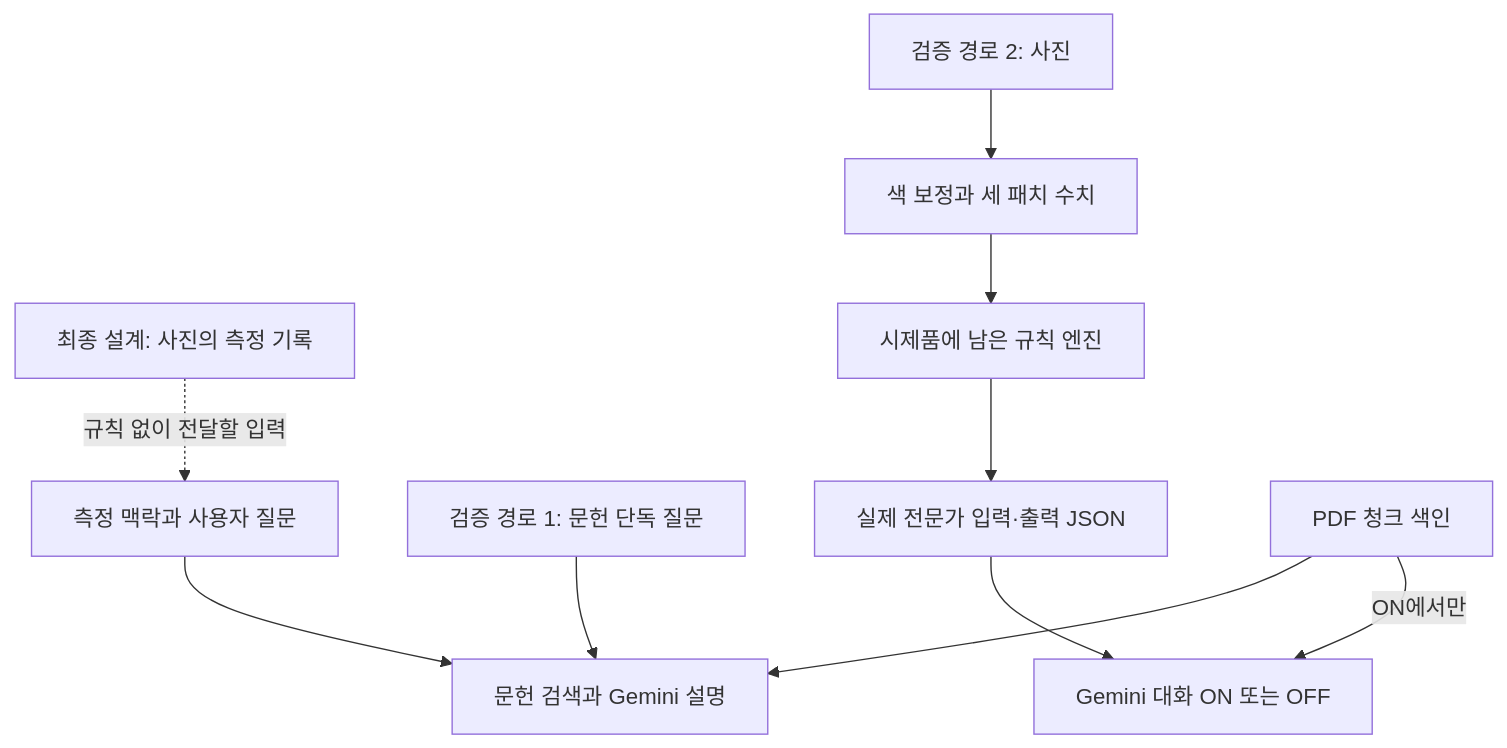
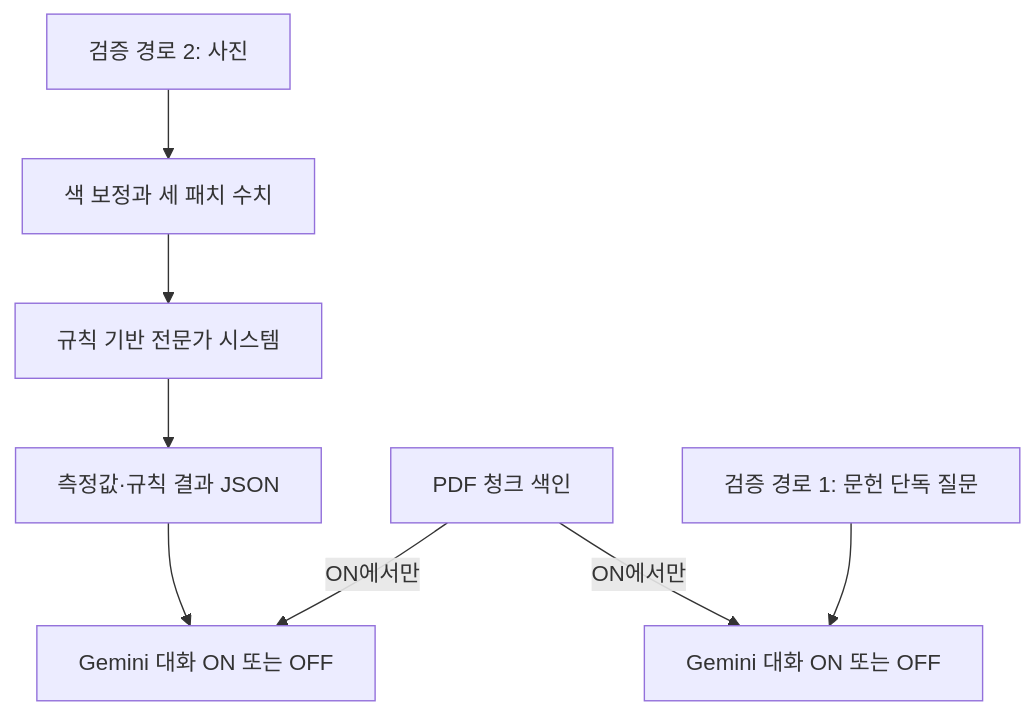
Before and after one commit to Hwrette/MedicalRAG: the second of 2 diagrams in 진심탐_종합_탐구보고서.md, drawn with Mermaid. The commit also changed other lines of this file, not shown here.

````diff
--- a/진심탐_종합_탐구보고서.md
+++ b/진심탐_종합_탐구보고서.md
@@ -43,12 +43,10 @@
 ```mermaid
 flowchart TD
- A[최종 설계: 사진의 측정 기록] -. 규칙 없이 전달할 입력 .-> B[측정 맥락과 사용자 질문]
- B --> C[문헌 검색과 Gemini 설명]
- Q[검증 경로 1: 문헌 단독 질문] --> C
  P[검증 경로 2: 사진] --> M[색 보정과 세 패치 수치]
- M --> E[시제품에 남은 규칙 엔진]
- E --> F[실제 전문가 입력·출력 JSON]
+ M --> E[규칙 기반 전문가 시스템]
+ E --> F[측정값·규칙 결과 JSON]
  F --> L[Gemini 대화 ON 또는 OFF]
- K[PDF 청크 색인] --> C
- K -->|ON에서만| L
+ K[PDF 청크 색인] -->|ON에서만| L
+ Q[검증 경로 1: 문헌 단독 질문] --> C[Gemini 대화 ON 또는 OFF]
+ K -->|ON에서만| C
 ```
````
